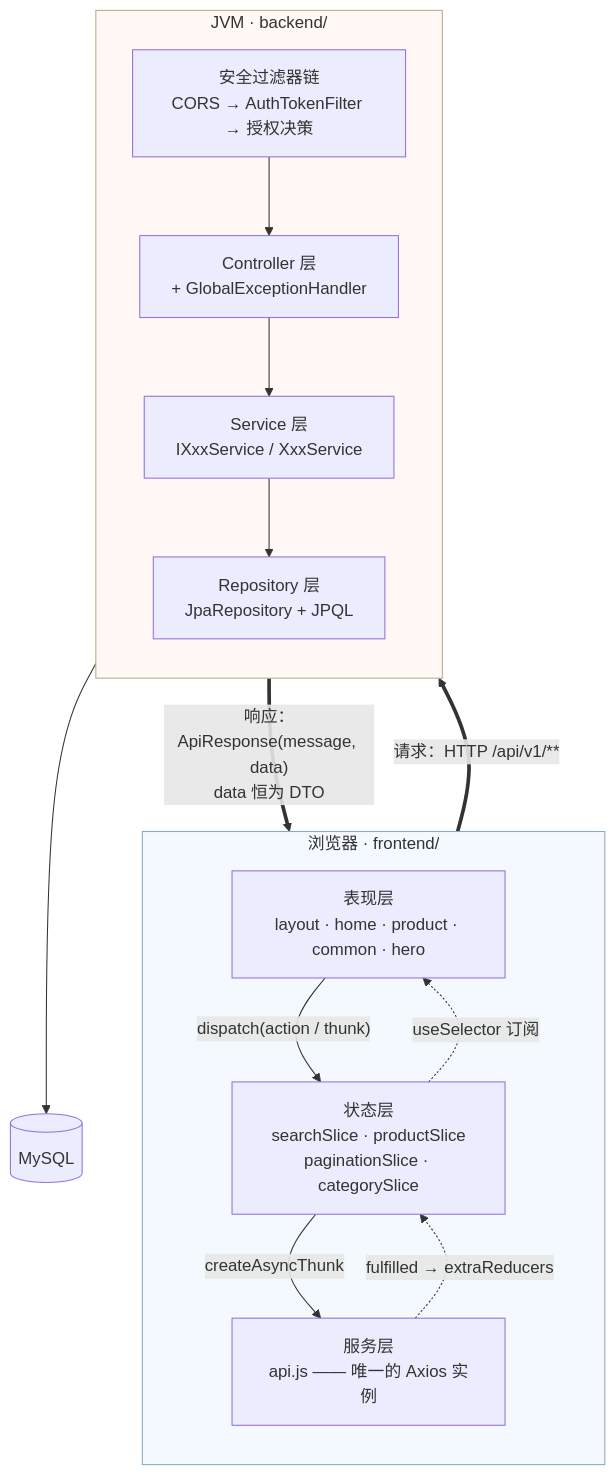
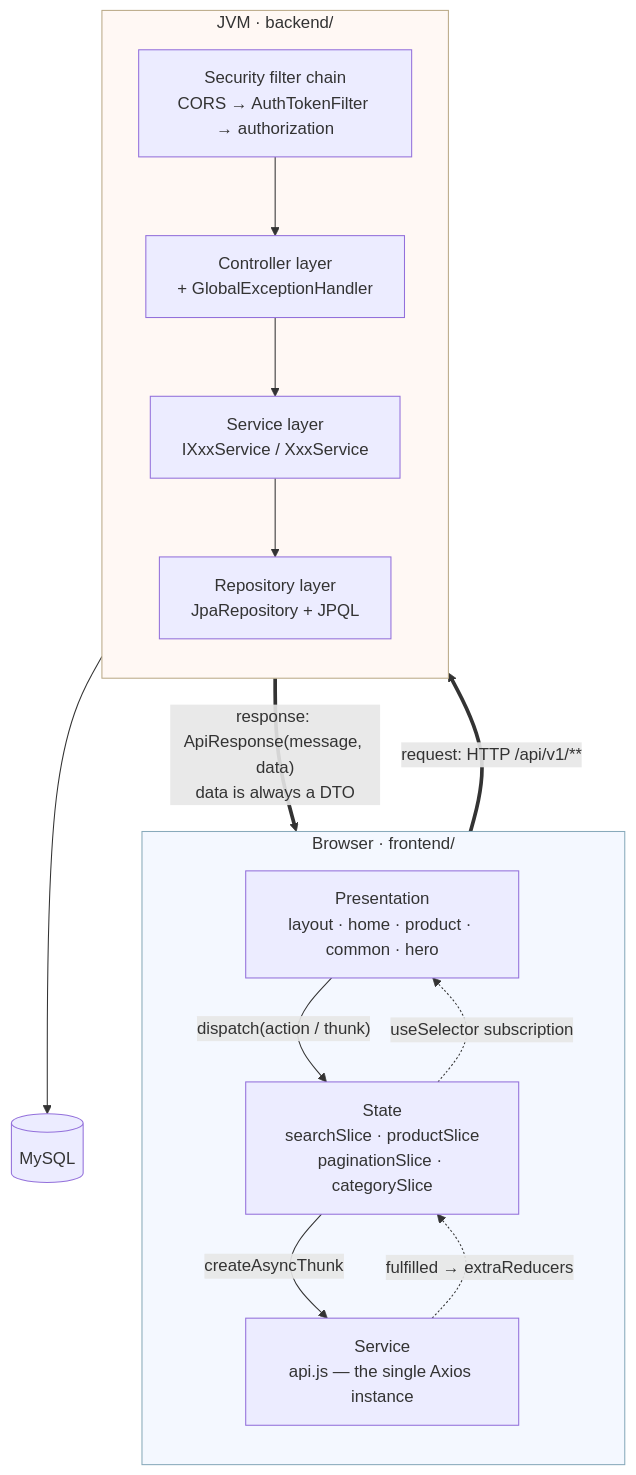
The second of 24 diagrams in DESIGN.md (Chuan-Qiu/buynowdotcom), drawn with Mermaid before and after one commit. The commit also changed other lines of this file and 26 other files, not shown here.

````diff
--- a/DESIGN.md
+++ b/DESIGN.md
@@ -112,33 +111,33 @@
 ```mermaid
 flowchart TB
-    subgraph BROWSER["浏览器 · frontend/"]
+    subgraph BROWSER["Browser · frontend/"]
         direction TB
-        UI["表现层<br/>layout · home · product · common · hero"]
-        STATE["状态层<br/>searchSlice · productSlice<br/>paginationSlice · categorySlice"]
-        SEAM["服务层<br/>api.js —— 唯一的 Axios 实例"]
+        UI["Presentation<br/>layout · home · product · common · hero"]
+        STATE["State<br/>searchSlice · productSlice<br/>paginationSlice · categorySlice"]
+        SEAM["Service<br/>api.js — the single Axios instance"]
         UI -->|"dispatch(action / thunk)"| STATE
         STATE -->|"createAsyncThunk"| SEAM
         SEAM -.->|"fulfilled → extraReducers"| STATE
-        STATE -.->|"useSelector 订阅"| UI
+        STATE -.->|"useSelector subscription"| UI
     end
 
     subgraph SERVER["JVM · backend/"]
         direction TB
-        FILTER["安全过滤器链<br/>CORS → AuthTokenFilter → 授权决策"]
-        CTRL["Controller 层<br/>+ GlobalExceptionHandler"]
-        SVC["Service 层<br/>IXxxService / XxxService"]
-        REPO["Repository 层<br/>JpaRepository + JPQL"]
+        FILTER["Security filter chain<br/>CORS → AuthTokenFilter → authorization"]
+        CTRL["Controller layer<br/>+ GlobalExceptionHandler"]
+        SVC["Service layer<br/>IXxxService / XxxService"]
+        REPO["Repository layer<br/>JpaRepository + JPQL"]
         FILTER --> CTRL
         CTRL --> SVC
         SVC --> REPO
     end
 
     DB[("MySQL")]
 
-    SEAM ==>|"请求：HTTP /api/v1/**"| FILTER
-    CTRL ==>|"响应：ApiResponse(message, data)<br/>data 恒为 DTO"| SEAM
+    SEAM ==>|"request: HTTP /api/v1/**"| FILTER
+    CTRL ==>|"response: ApiResponse(message, data)<br/>data is always a DTO"| SEAM
     REPO --> DB
 
     style BROWSER fill:#f4f8ff,stroke:#8ab
     style SERVER fill:#fff8f4,stroke:#ba8
 ```
````
